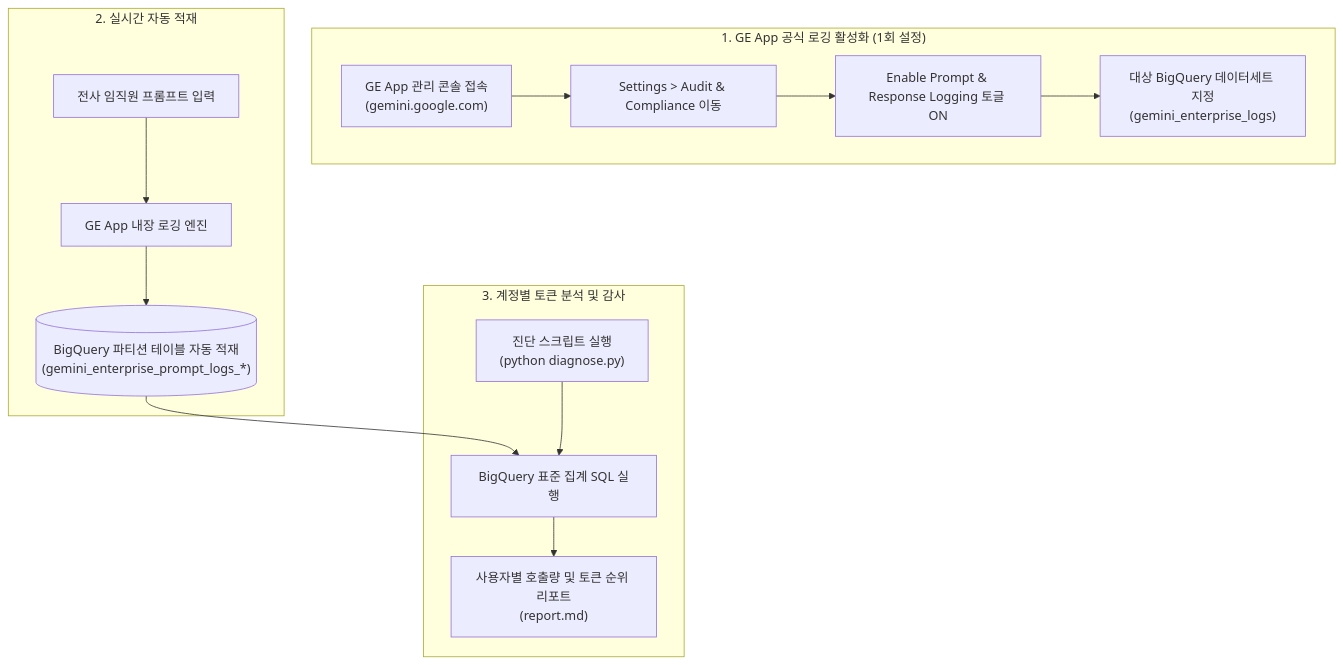
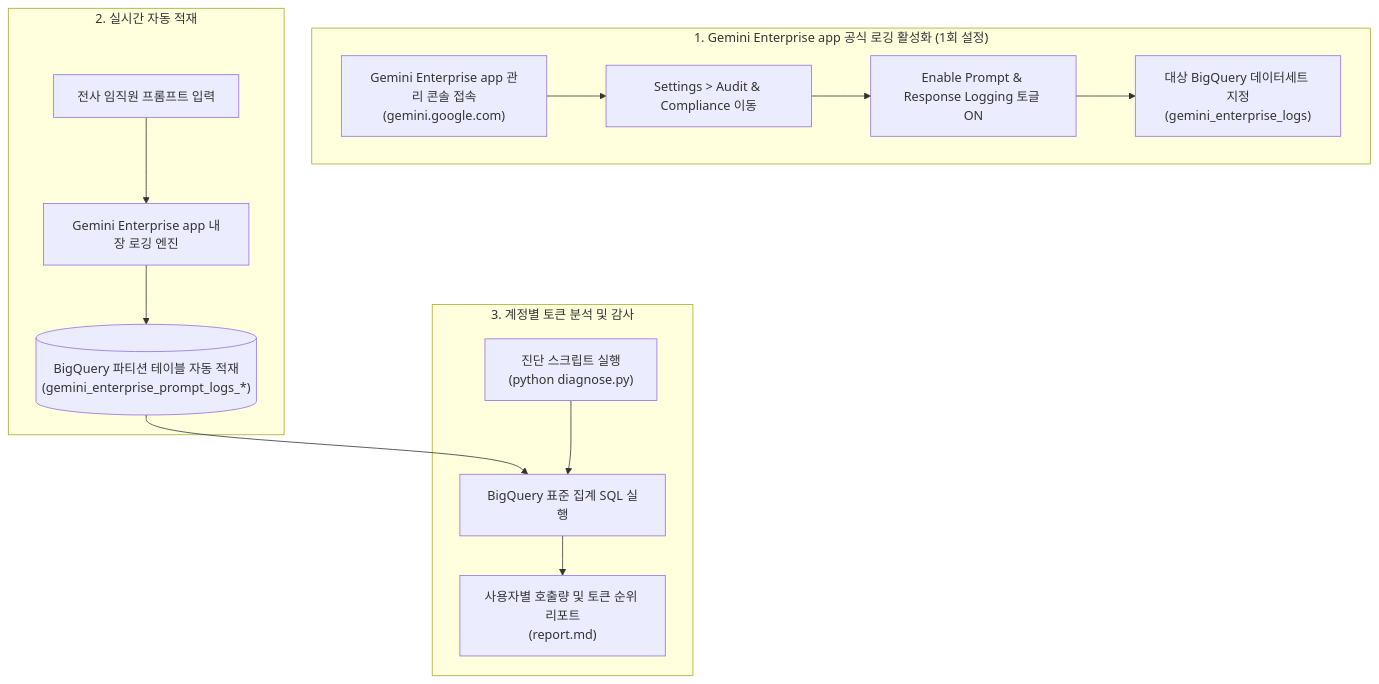
The diagram in samples/gemini-enterprise-usage-by-account/README.md (jiangjun-forge/google-cloud-0-to-1), drawn with Mermaid before and after one commit. The commit also changed other lines of this file and 34 other files, not shown here.

````diff
--- a/samples/gemini-enterprise-usage-by-account/README.md
+++ b/samples/gemini-enterprise-usage-by-account/README.md
@@ -42,25 +42,25 @@
 ```mermaid
 flowchart TD
-    subgraph Setup ["1. GE App 공식 로깅 활성화 (1회 설정)"]
-        S1["GE App 관리 콘솔 접속<br/>(gemini.google.com)"]
+    subgraph Setup ["1. Gemini Enterprise app 공식 로깅 활성화 (1회 설정)"]
+        S1["Gemini Enterprise app 관리 콘솔 접속<br/>(gemini.google.com)"]
         S2["Settings > Audit & Compliance 이동"]
         S3["Enable Prompt & Response Logging 토글 ON"]
         S4["대상 BigQuery 데이터세트 지정<br/>(gemini_enterprise_logs)"]
         S1 --> S2 --> S3 --> S4
     end
 
     subgraph Streaming ["2. 실시간 자동 적재"]
         User["전사 임직원 프롬프트 입력"]
-        OfficialEngine["GE App 내장 로깅 엔진"]
+        OfficialEngine["Gemini Enterprise app 내장 로깅 엔진"]
         BQTable[("BigQuery 파티션 테이블 자동 적재<br/>(gemini_enterprise_prompt_logs_*)")]
         User --> OfficialEngine --> BQTable
     end
 
     subgraph Analytics ["3. 계정별 토큰 분석 및 감사"]
         CLI["진단 스크립트 실행<br/>(python diagnose.py)"]
         SQL["BigQuery 표준 집계 SQL 실행"]
         Report["사용자별 호출량 및 토큰 순위 리포트<br/>(report.md)"]
         BQTable --> SQL
         CLI --> SQL --> Report
     end
 ```
````
